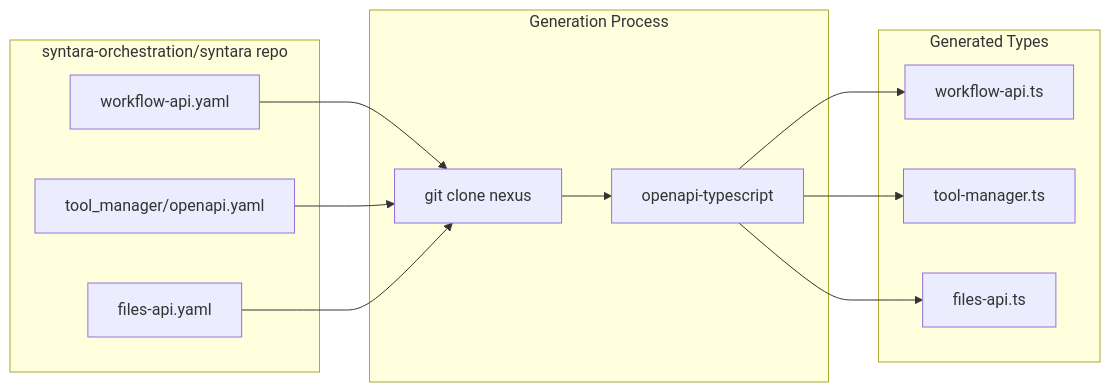
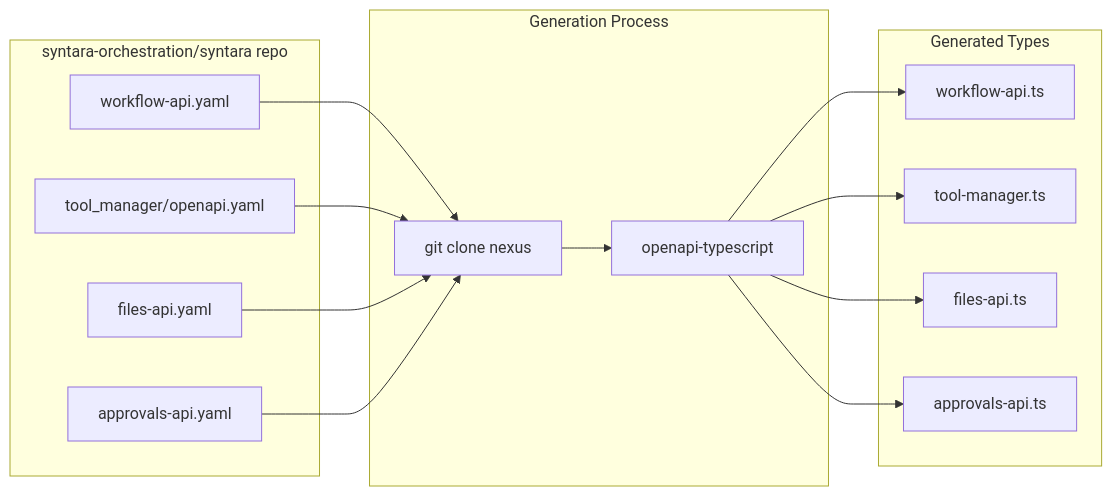
Before and after one commit to alinabuzachis/syntara: the second of 10 diagrams in docs/data-flow.md, drawn with Mermaid. The commit also changed other lines of this file and 12 other files, not shown here.

````diff
--- a/docs/data-flow.md
+++ b/docs/data-flow.md
@@ -60,27 +60,31 @@
 ```mermaid
 flowchart LR
     subgraph Backend["syntara-orchestration/syntara repo"]
         W[workflow-api.yaml]
         TM[tool_manager/openapi.yaml]
         F[files-api.yaml]
+        A[approvals-api.yaml]
     end
 
     subgraph Gen["Generation Process"]
         Clone[git clone nexus]
         OT["openapi-typescript"]
     end
 
     subgraph Output["Generated Types"]
         WT[workflow-api.ts]
         TMT[tool-manager.ts]
         FT[files-api.ts]
+        AT[approvals-api.ts]
     end
 
     W --> Clone
     TM --> Clone
     F --> Clone
+    A --> Clone
     Clone --> OT
     OT --> WT
     OT --> TMT
     OT --> FT
+    OT --> AT
 ```
````
